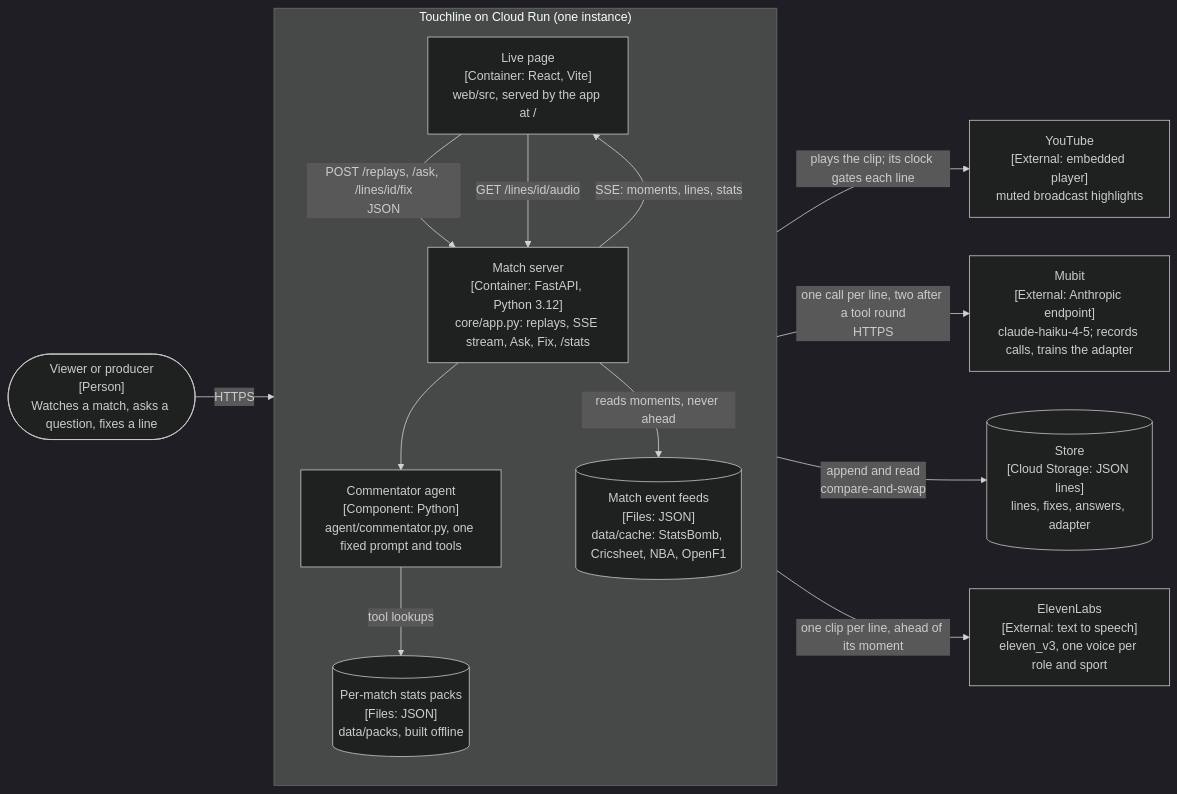
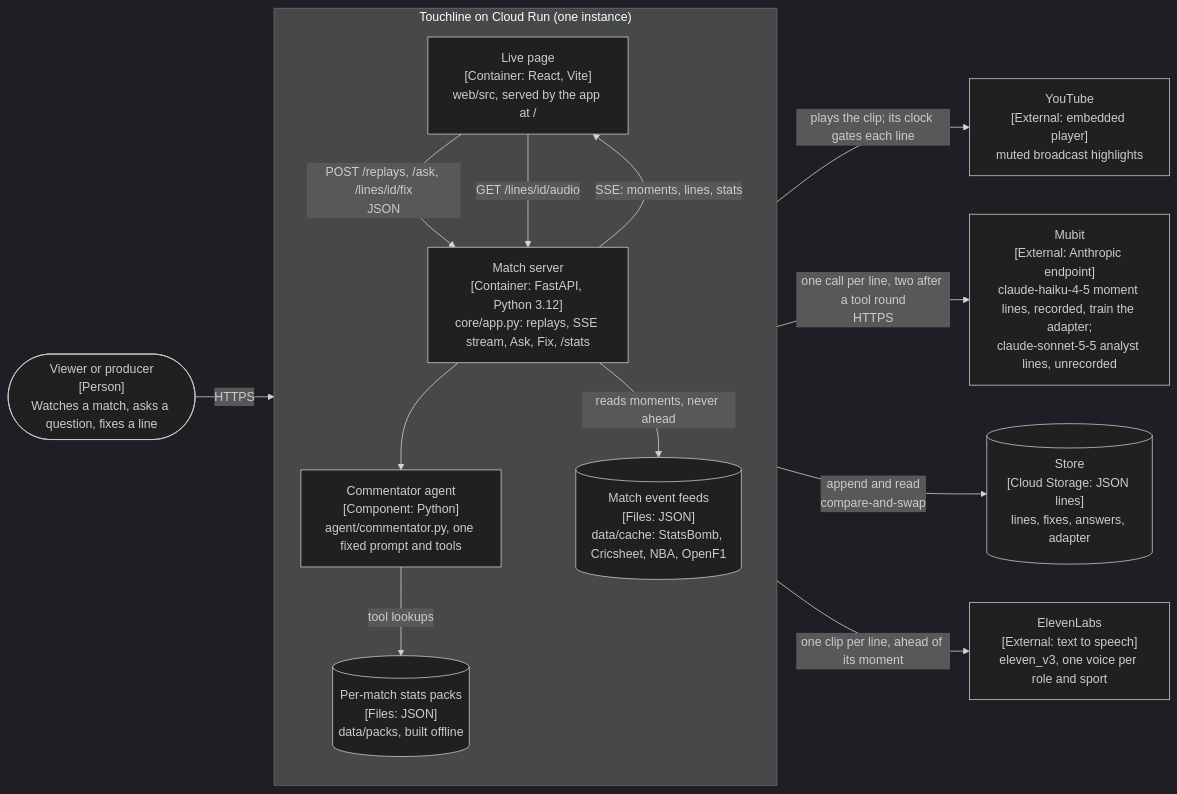
One commit to atiladeokegab/night-shift changed the first of 2 diagrams in docs/ARCHITECTURE.md. Above: the diagram before and after it, drawn with Mermaid (dark theme). The commit also changed other lines of this file and 1 other file, not shown here.

Commit message:
docs: moment lines on Haiku, recorded; analyst lines on Sonnet 5.5, unrecorded (#142) (#143)
Req: A-9.1@1

````diff
--- a/docs/ARCHITECTURE.md
+++ b/docs/ARCHITECTURE.md
@@ -11,30 +11,30 @@
 ```mermaid
 flowchart LR
     viewer(["Viewer or producer<br/>[Person]<br/>Watches a match, asks a question, fixes a line"])
 
     subgraph run["Touchline on Cloud Run (one instance)"]
         direction TB
         web["Live page<br/>[Container: React, Vite]<br/>web/src, served by the app at /"]
         app["Match server<br/>[Container: FastAPI, Python 3.12]<br/>core/app.py: replays, SSE stream, Ask, Fix, /stats"]
         agent["Commentator agent<br/>[Component: Python]<br/>agent/commentator.py, one fixed prompt and tools"]
         packs[("Per-match stats packs<br/>[Files: JSON]<br/>data/packs, built offline")]
         feeds[("Match event feeds<br/>[Files: JSON]<br/>data/cache: StatsBomb, Cricsheet, NBA, OpenF1")]
     end
 
     store[("Store<br/>[Cloud Storage: JSON lines]<br/>lines, fixes, answers, adapter")]
-    mubit["Mubit<br/>[External: Anthropic endpoint]<br/>claude-haiku-4-5; records calls, trains the adapter"]
+    mubit["Mubit<br/>[External: Anthropic endpoint]<br/>claude-haiku-4-5 moment lines, recorded, train the adapter;<br/>claude-sonnet-5-5 analyst lines, unrecorded"]
     eleven["ElevenLabs<br/>[External: text to speech]<br/>eleven_v3, one voice per role and sport"]
     yt["YouTube<br/>[External: embedded player]<br/>muted broadcast highlights"]
 
     viewer -->|"HTTPS"| web
     web -->|"POST /replays, /ask, /lines/id/fix<br/>JSON"| app
     app -->|"SSE: moments, lines, stats"| web
     web -->|"GET /lines/id/audio"| app
     web -->|"plays the clip; its clock gates each line"| yt
     app --> agent
     agent -->|"one call per line, two after a tool round<br/>HTTPS"| mubit
     agent -->|"tool lookups"| packs
     app -->|"reads moments, never ahead"| feeds
     app -->|"append and read<br/>compare-and-swap"| store
     app -->|"one clip per line, ahead of its moment"| eleven
 ```
````
